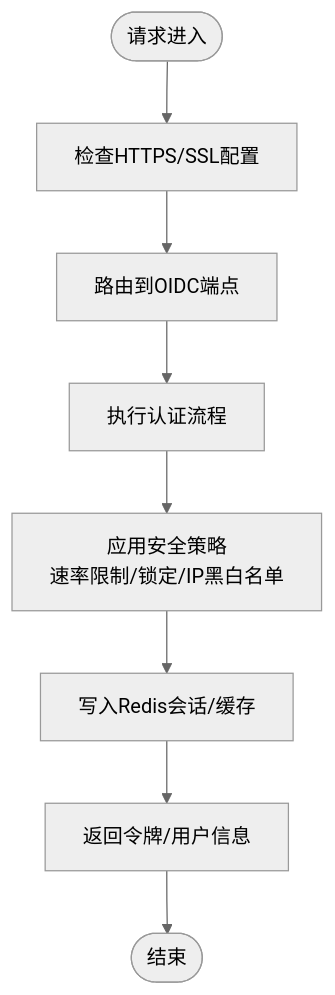
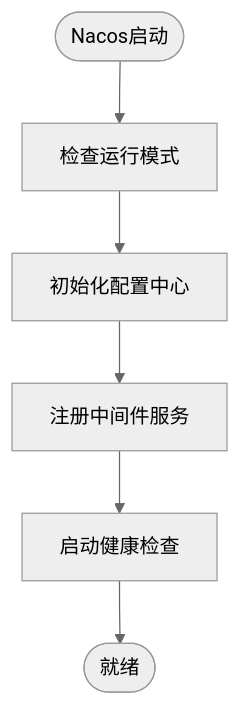
Before and after one commit to fq0121104930716/iam-platform: the third of 4 diagrams in .qoder/repowiki/zh/content/部署运维/部署运维.md, drawn with Mermaid (neutral theme). The commit also changed other lines of this file and 50 other files, not shown here.

````diff
--- a/.qoder/repowiki/zh/content/部署运维/部署运维.md
+++ b/.qoder/repowiki/zh/content/部署运维/部署运维.md
@@ -178,10 +131,8 @@
 ```mermaid
 flowchart TD
-Start(["请求进入"]) --> CheckSSL["检查HTTPS/SSL配置"]
-CheckSSL --> Route["路由到OIDC端点"]
-Route --> Auth["执行认证流程"]
-Auth --> Policy["应用安全策略<br/>速率限制/锁定/IP黑白名单"]
-Policy --> Store["写入Redis会话/缓存"]
-Store --> Resp["返回令牌/用户信息"]
-Resp --> End(["结束"])
+Start(["Nacos启动"]) --> CheckMode["检查运行模式"]
+CheckMode --> InitConfig["初始化配置中心"]
+InitConfig --> RegisterServices["注册中间件服务"]
+RegisterServices --> HealthCheck["启动健康检查"]
+HealthCheck --> Ready(["就绪"])
 ```
````
